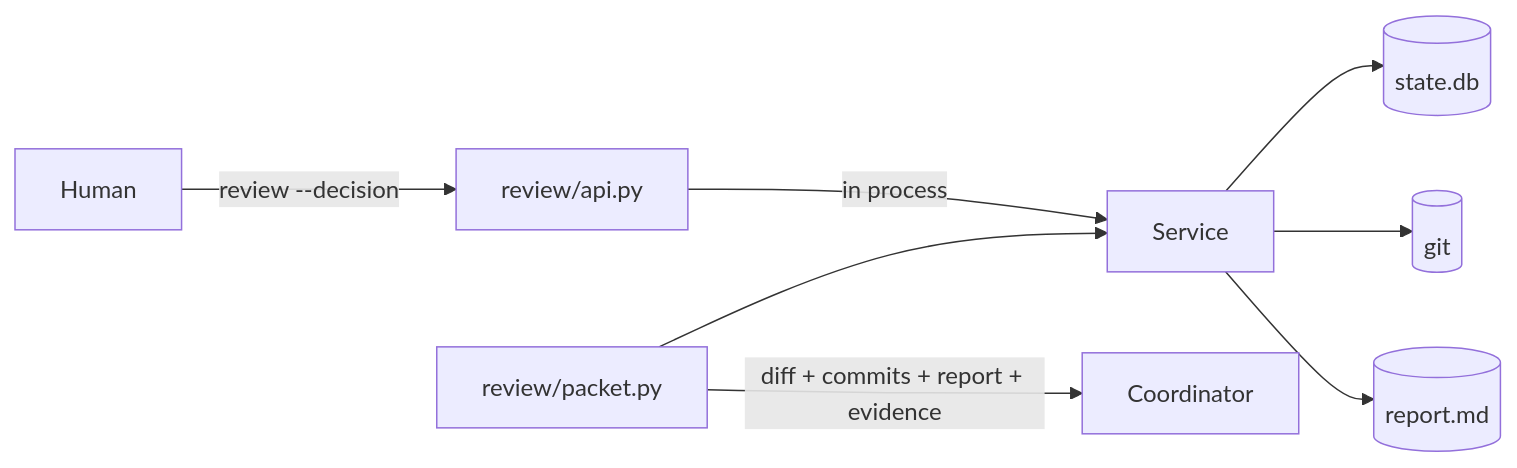
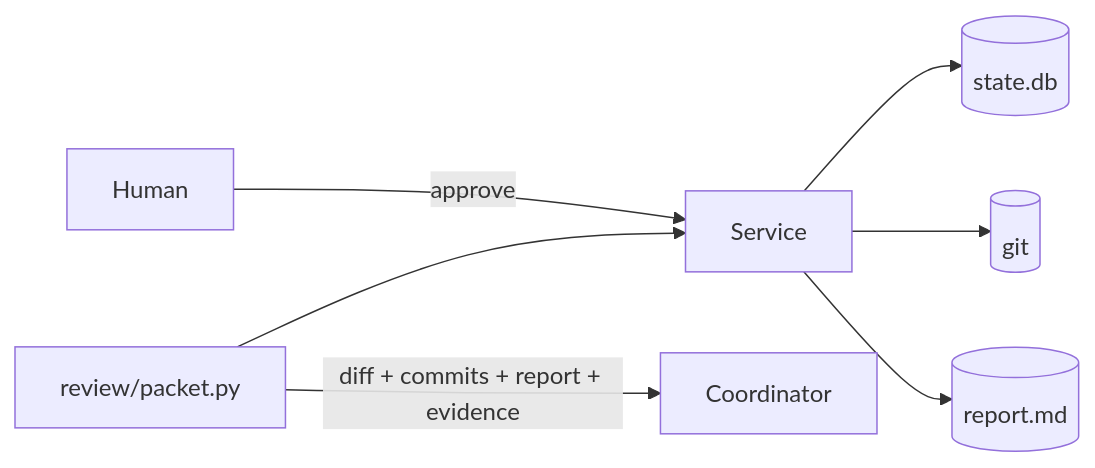
The diagram in docs/review.md (ming6ao/sliceme), drawn with Mermaid before and after one commit. The commit also changed other lines of this file and 58 other files, not shown here.

````diff
--- a/docs/review.md
+++ b/docs/review.md
@@ -38,10 +38,9 @@
 ```mermaid
 flowchart LR
-  H["Human"] -->|"review --decision"| A["review/api.py"]
-  A -->|"in process"| S["Service"]
+  H["Human"] -->|"approve"| S["Service"]
   S --> D[("state.db")]
   S --> G[("git")]
   S --> R[("report.md")]
   P["review/packet.py"] --> S
   P -->|"diff + commits + report + evidence"| C["Coordinator"]
 ```
````
